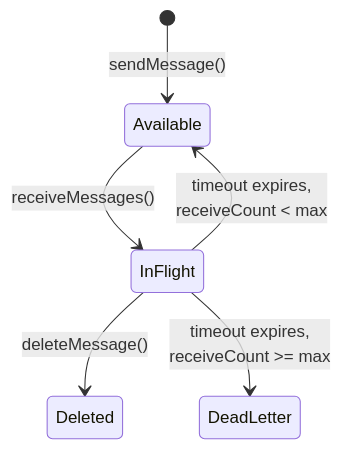
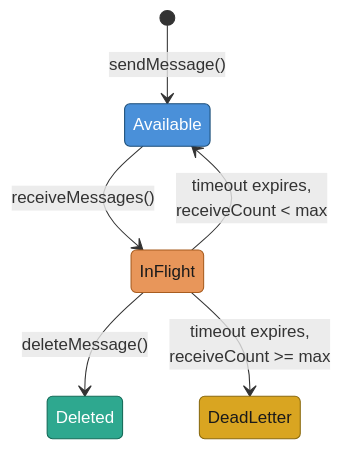
The second of 3 diagrams in README.md (Pratyush576/CodingPractice), drawn with Mermaid before and after one commit. The commit also changed other lines of this file and 5 other files, not shown here.

Commit message:
Enhanced the diagrams

````diff
--- a/README.md
+++ b/README.md
@@ -489,8 +496,17 @@
 ```mermaid
 stateDiagram-v2
     [*] --> Available: sendMessage()
     Available --> InFlight: receiveMessages()
     InFlight --> Deleted: deleteMessage()
     InFlight --> Available: timeout expires,<br/>receiveCount < max
     InFlight --> DeadLetter: timeout expires,<br/>receiveCount >= max
+
+    classDef available fill:#4a90d9,stroke:#1c4e78,color:#ffffff
+    classDef inflight fill:#e8965a,stroke:#a85c1f,color:#1a1a1a
+    classDef success fill:#2ea88f,stroke:#146b58,color:#ffffff
+    classDef dlq fill:#d9a521,stroke:#8a6a0f,color:#1a1a1a
+    class Available available
+    class InFlight inflight
+    class Deleted success
+    class DeadLetter dlq
 ```
````
